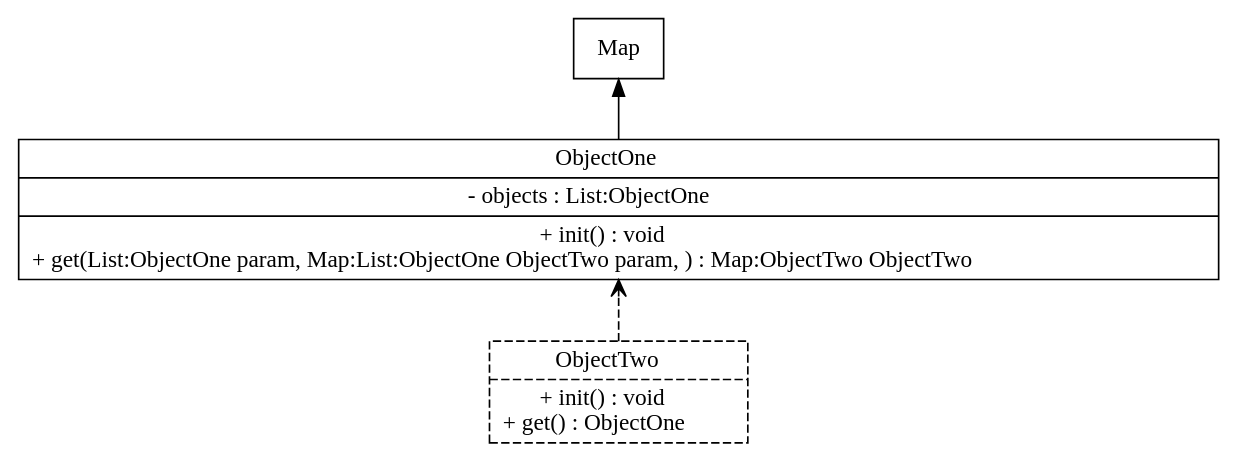
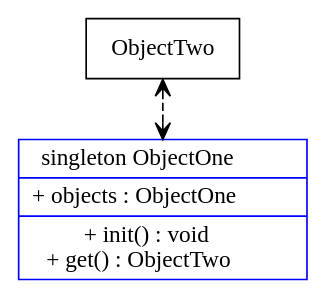
Before and after one commit to haleyheshelman/UMLDiagramGenerator: the diagram in docs/target.dot, drawn with Graphviz. The commit also changed 19 other files, not shown here.

```diff
--- a/docs/target.dot
+++ b/docs/target.dot
@@ -1,1 +1,1 @@
-digraph uml{rankdir=BT;splines=ortho;concentrate=true;node[shape = box];ObjectOne[shape = "record",label=<{ ObjectOne|- objects : List:ObjectOne<br/>|+ init() : void<br/>+ get(List:ObjectOne param, Map:List:ObjectOne ObjectTwo param, ) : Map:ObjectTwo ObjectTwo<br/>}>];ObjectOne->Map:ObjectTwo ObjectTwo [arrowhead="vee",style="dashed"];ObjectTwo[shape = "record",label=<{ ObjectTwo|+ init() : void<br/>+ get() : ObjectOne<br/>}>];ObjectTwo->ObjectOne [arrowhead="vee",style="dashed"];}
+digraph uml{rankdir=BT;splines=ortho;concentrate=true;node[shape = box];ObjectOne[color=blue,shape = "record",label=<{singleton ObjectOne|+ objects : ObjectOne<br/>|+ init() : void<br/>+ get() : ObjectTwo<br/>}>];ObjectOne->ObjectTwo [arrowhead="vee",style="dashed"];ObjectTwo->ObjectOne [arrowhead="vee",style="dashed"];}
```
